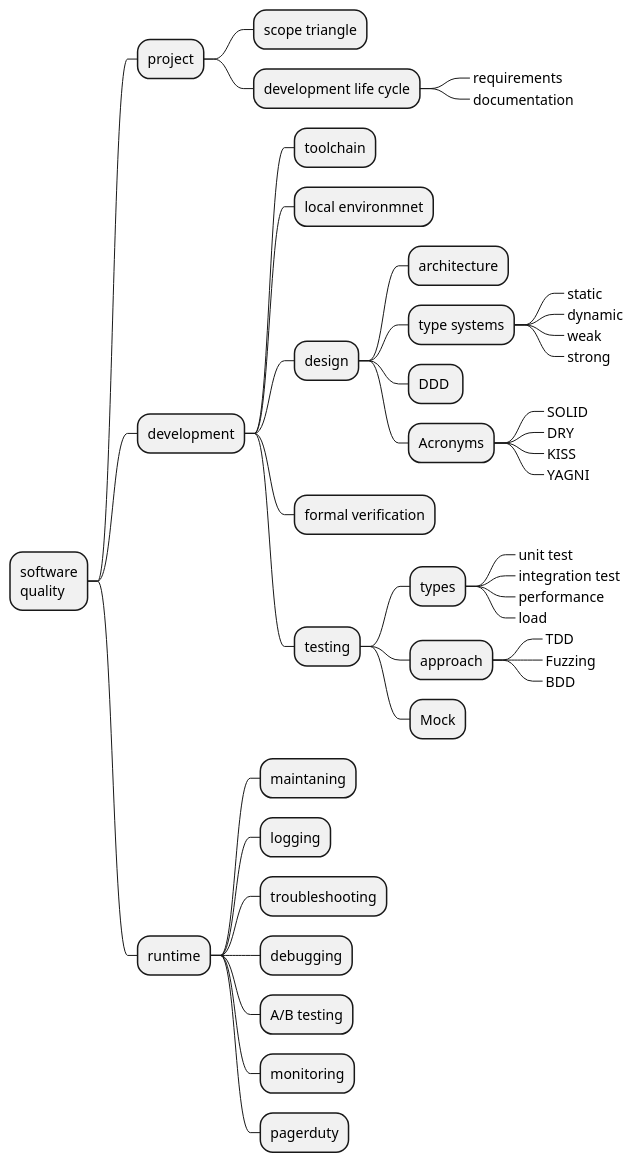
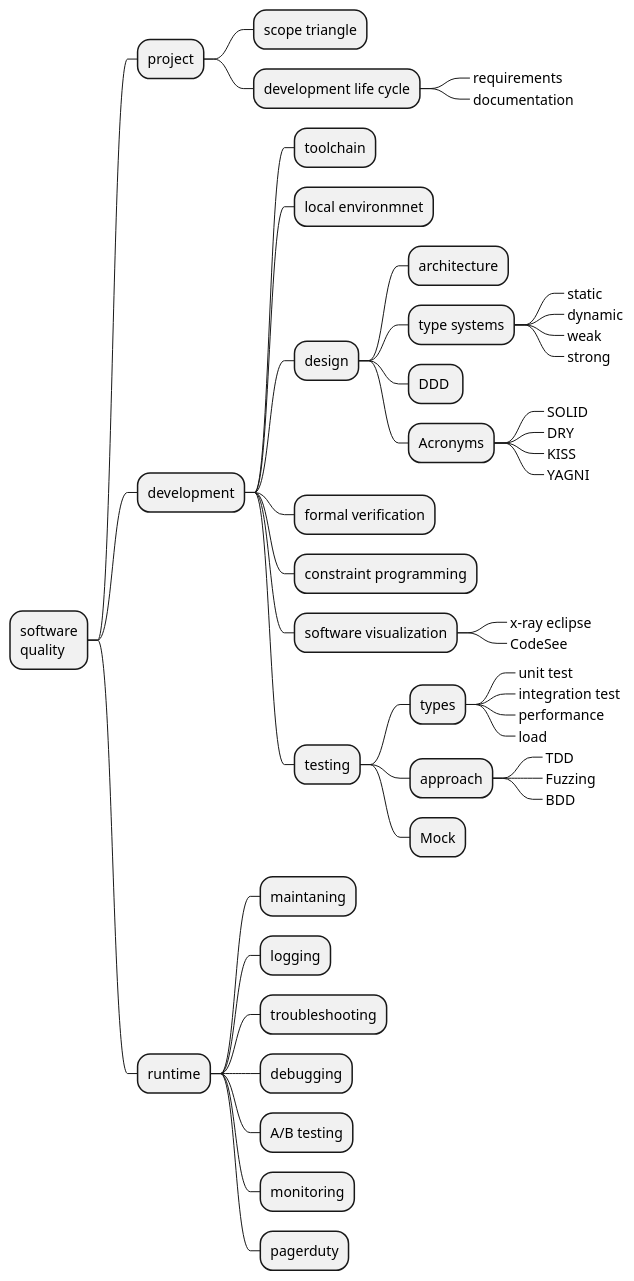
One commit to levplotkin/code-quality-roadmap changed the diagram in software-quality-roadmap.iuml. Above: the diagram before and after it, drawn with PlantUML.

```diff
--- a/software-quality-roadmap.iuml
+++ b/software-quality-roadmap.iuml
@@ -1,44 +1,48 @@
 @startmindmap
 * software\nquality
  * project
   * scope triangle
   * development life cycle
    *_ requirements
    *_ documentation
  * development
   * toolchain
   * local environmnet
   * design
    * architecture
    * type systems
     *_ static
     *_ dynamic
     *_ weak
     *_ strong
    * DDD 
    * Acronyms
     *_ SOLID
     *_ DRY
     *_ KISS
     *_ YAGNI
   * formal verification
+  * constraint programming
+  * software visualization
+   *_ x-ray eclipse
+   *_ CodeSee
   * testing
    * types
     *_ unit test
     *_ integration test
     *_ performance
     *_ load
    * approach
     *_ TDD
     *_ Fuzzing
     *_ BDD
    * Mock
  * runtime
   * maintaning
   * logging
   * troubleshooting
   * debugging
   * A/B testing
   * monitoring
   * pagerduty
 @endmindmap
```
